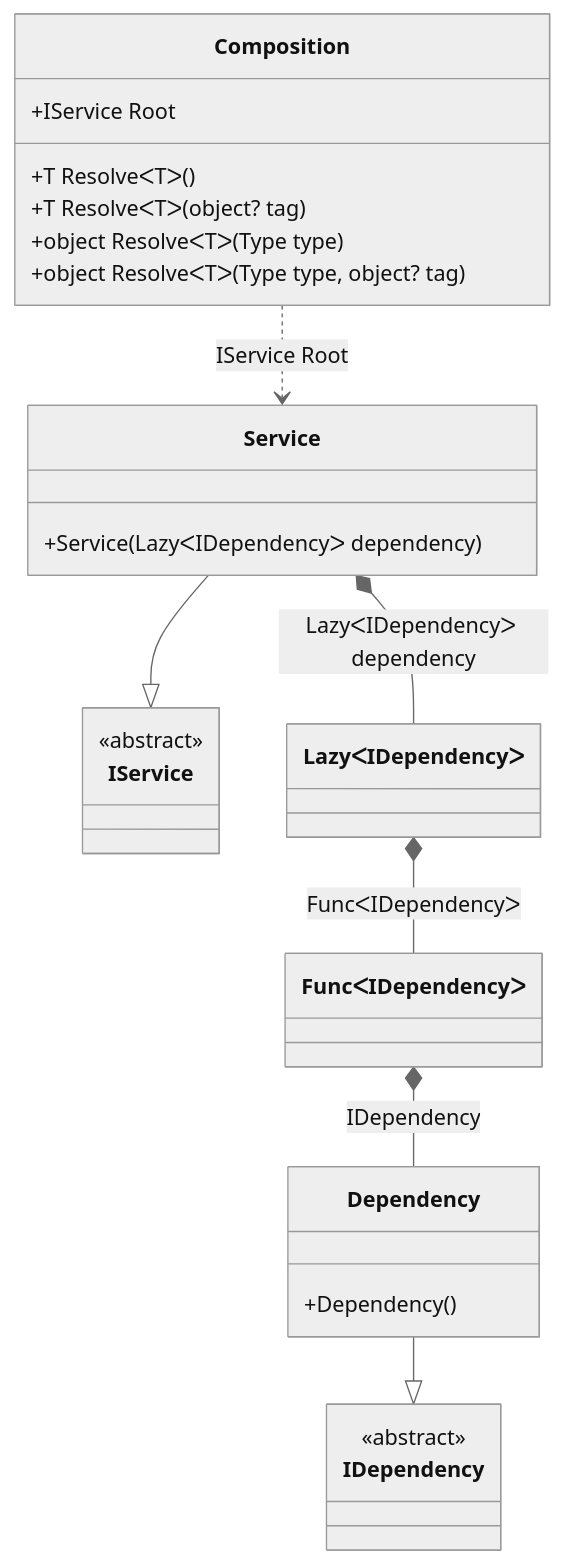
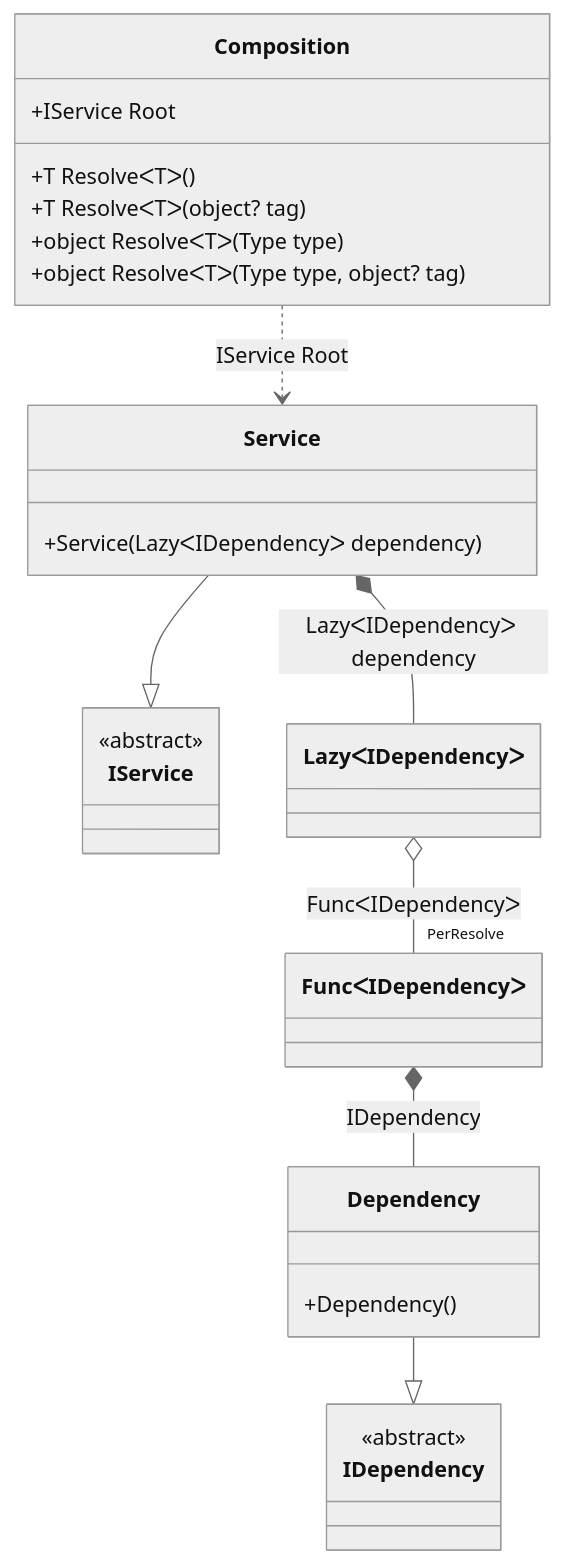
One commit to DevTeam/Pure.DI changed diagram 25 of 36 in readme/Examples.md. Above: the diagram before and after it, drawn with Mermaid (neutral theme). The commit also changed other lines of this file and 1 other file, not shown here.

````diff
--- a/readme/Examples.md
+++ b/readme/Examples.md
@@ -2004,30 +2004,30 @@
 ```mermaid
 classDiagram
   class Composition {
     +IService Root
     +T ResolveᐸTᐳ()
     +T ResolveᐸTᐳ(object? tag)
     +object ResolveᐸTᐳ(Type type)
     +object ResolveᐸTᐳ(Type type, object? tag)
   }
   Service --|> IService : 
   class Service {
     +Service(LazyᐸIDependencyᐳ dependency)
   }
   Dependency --|> IDependency : 
   class Dependency {
     +Dependency()
   }
   class LazyᐸIDependencyᐳ
   class FuncᐸIDependencyᐳ
   class IService {
     <<abstract>>
   }
   class IDependency {
     <<abstract>>
   }
   Service *--  LazyᐸIDependencyᐳ : LazyᐸIDependencyᐳ dependency
   Composition ..> Service : IService Root
-  LazyᐸIDependencyᐳ *--  FuncᐸIDependencyᐳ : FuncᐸIDependencyᐳ
+  LazyᐸIDependencyᐳ o--  "PerResolve" FuncᐸIDependencyᐳ : FuncᐸIDependencyᐳ
   FuncᐸIDependencyᐳ *--  Dependency : IDependency
 ```
````
